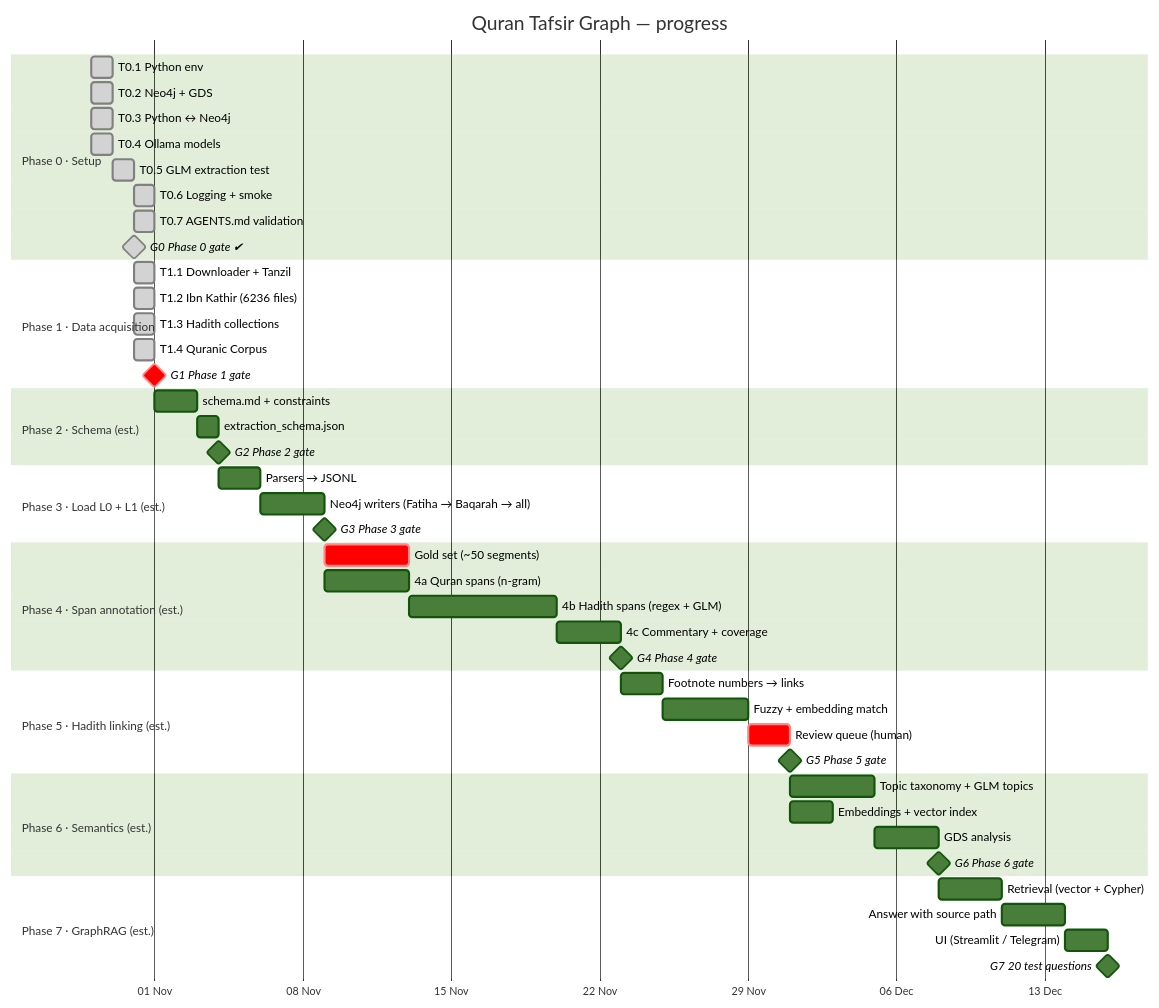
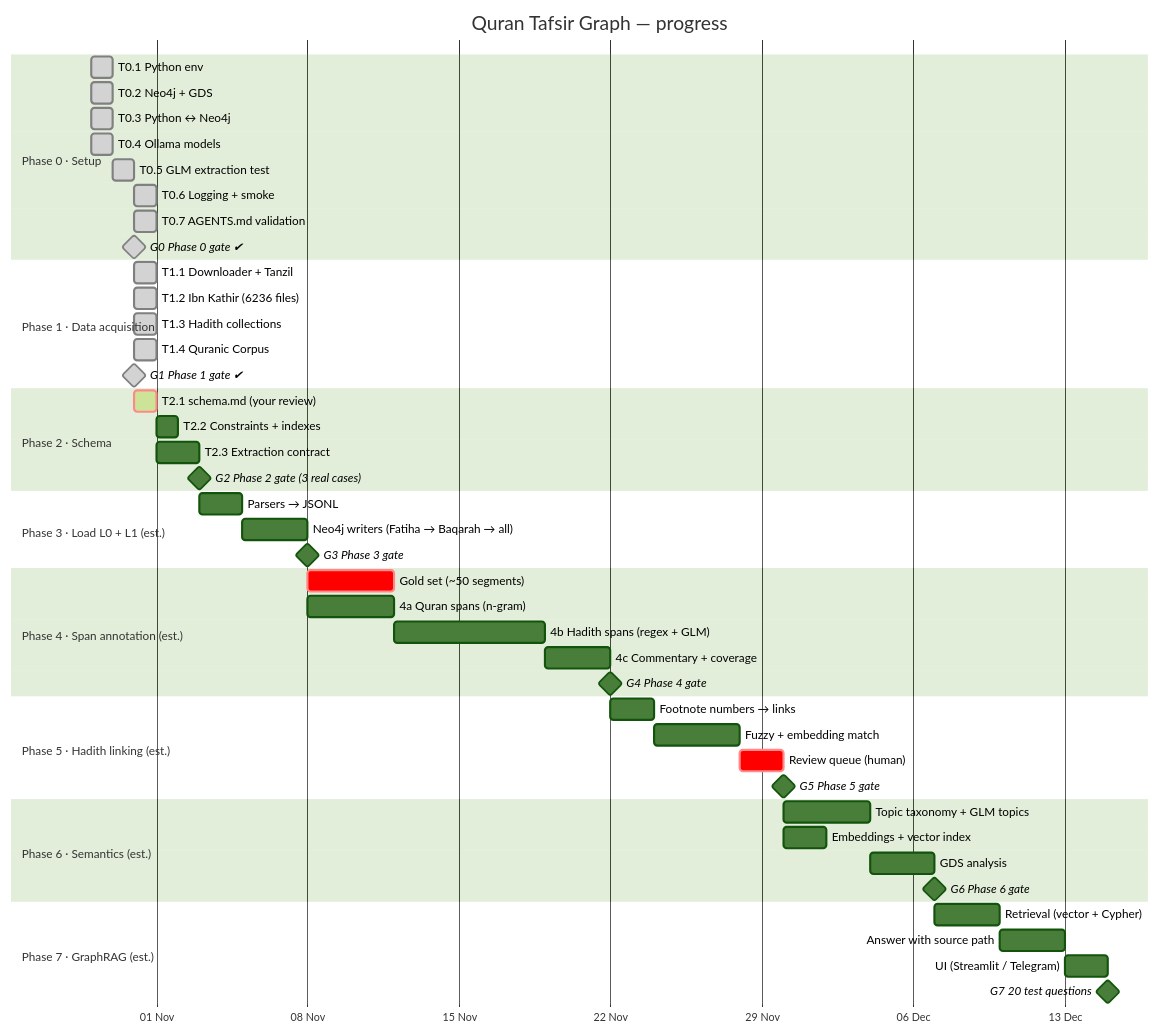
The diagram in docs/GANTT.md (mohamed-soubhi/quran-graph), drawn with Mermaid (forest theme) before and after one commit. The commit also changed other lines of this file and 9 other files, not shown here.

First line of the commit message:
T2.1: schema draft v0.1, Arabic-script decision, G1 signed off, Phase 2 tickets

````diff
--- a/docs/GANTT.md
+++ b/docs/GANTT.md
@@ -9,59 +9,60 @@
 ```mermaid
 gantt
     title Quran Tafsir Graph — progress
     dateFormat YYYY-MM-DD
     axisFormat %d %b
     todayMarker stroke-width:3px,stroke:#d33
 
     section Phase 0 · Setup
     T0.1 Python env                 :done, t01, 2026-10-29, 1d
     T0.2 Neo4j + GDS                :done, t02, 2026-10-29, 1d
     T0.3 Python ↔ Neo4j             :done, t03, 2026-10-29, 1d
     T0.4 Ollama models              :done, t04, 2026-10-29, 1d
     T0.5 GLM extraction test        :done, t05, 2026-10-30, 1d
     T0.6 Logging + smoke            :done, t06, 2026-10-31, 1d
     T0.7 AGENTS.md validation       :done, t07, 2026-10-31, 1d
     G0 Phase 0 gate ✔               :milestone, done, g0, 2026-10-31, 0d
 
     section Phase 1 · Data acquisition
     T1.1 Downloader + Tanzil        :done, t11, 2026-10-31, 1d
     T1.2 Ibn Kathir (6236 files)    :done, t12, 2026-10-31, 1d
     T1.3 Hadith collections         :done, t13, 2026-10-31, 1d
     T1.4 Quranic Corpus            :done, t14, 2026-10-31, 1d
-    G1 Phase 1 gate                 :crit, milestone, g1, after t14, 0d
+    G1 Phase 1 gate ✔               :milestone, done, g1, 2026-10-31, 0d
 
-    section Phase 2 · Schema (est.)
-    schema.md + constraints         :p2a, after g1, 2d
-    extraction_schema.json          :p2b, after p2a, 1d
-    G2 Phase 2 gate                 :milestone, g2, after p2b, 0d
+    section Phase 2 · Schema
+    T2.1 schema.md (your review)    :crit, active, t21, 2026-10-31, 1d
+    T2.2 Constraints + indexes      :t22, after t21, 1d
+    T2.3 Extraction contract        :t23, after t21, 2d
+    G2 Phase 2 gate (3 real cases)  :milestone, g2, after t23, 0d
 
     section Phase 3 · Load L0 + L1 (est.)
     Parsers → JSONL                 :p3a, after g2, 2d
     Neo4j writers (Fatiha → Baqarah → all) :p3b, after p3a, 3d
     G3 Phase 3 gate                 :milestone, g3, after p3b, 0d
 
     section Phase 4 · Span annotation (est.)
     Gold set (~50 segments)         :crit, p4g, after g3, 4d
     4a Quran spans (n-gram)         :p4a, after g3, 4d
     4b Hadith spans (regex + GLM)   :p4b, after p4a, 7d
     4c Commentary + coverage        :p4c, after p4b, 3d
     G4 Phase 4 gate                 :milestone, g4, after p4c, 0d
 
     section Phase 5 · Hadith linking (est.)
     Footnote numbers → links        :p5a, after g4, 2d
     Fuzzy + embedding match         :p5b, after p5a, 4d
     Review queue (human)            :crit, p5c, after p5b, 2d
     G5 Phase 5 gate                 :milestone, g5, after p5c, 0d
 
     section Phase 6 · Semantics (est.)
     Topic taxonomy + GLM topics     :p6a, after g5, 4d
     Embeddings + vector index       :p6b, after g5, 2d
     GDS analysis                    :p6c, after p6a, 3d
     G6 Phase 6 gate                 :milestone, g6, after p6c, 0d
 
     section Phase 7 · GraphRAG (est.)
     Retrieval (vector + Cypher)     :p7a, after g6, 3d
     Answer with source path         :p7b, after p7a, 3d
     UI (Streamlit / Telegram)       :p7c, after p7b, 2d
     G7 20 test questions            :milestone, g7, after p7c, 0d
 ```
````
